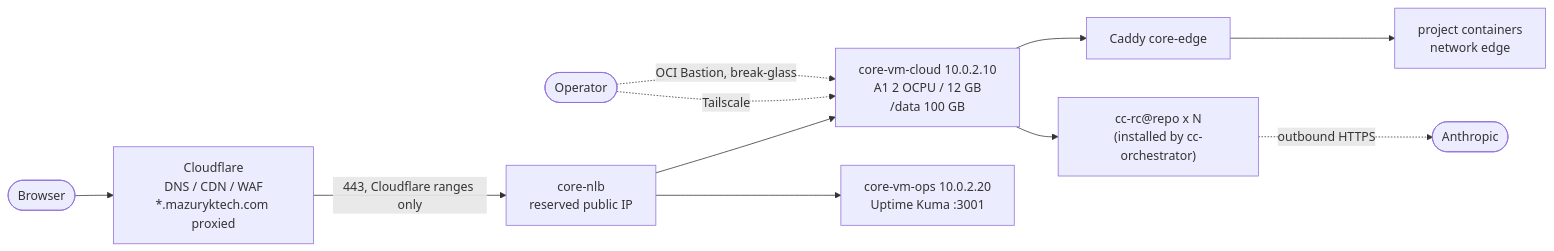
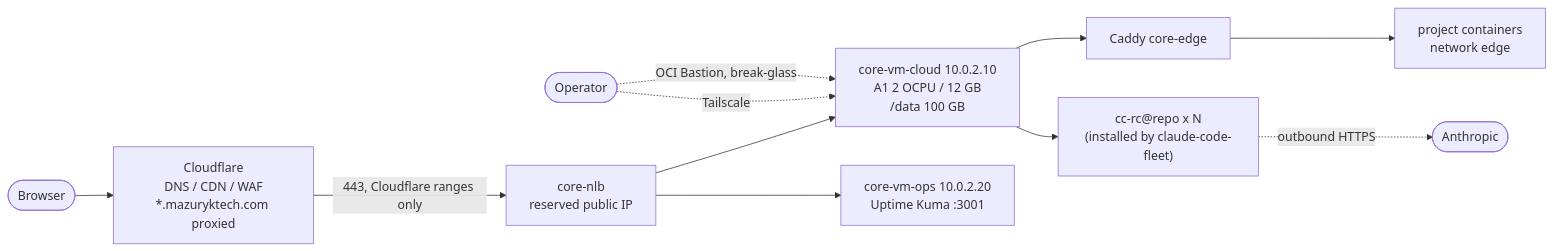
Before and after one commit to nicolasMazuryk/oci-free-tier-platform: the diagram in README.md, drawn with Mermaid. The commit also changed other lines of this file and 14 other files, not shown here.

````diff
--- a/README.md
+++ b/README.md
@@ -15,12 +15,12 @@
 ```mermaid
 flowchart LR
   user([Browser]) --> cf[Cloudflare<br/>DNS / CDN / WAF<br/>*.mazuryktech.com proxied]
   cf -->|"443, Cloudflare ranges only"| nlb[core-nlb<br/>reserved public IP]
   nlb --> cloud["core-vm-cloud 10.0.2.10<br/>A1 2 OCPU / 12 GB<br/>/data 100 GB"]
   cloud --> caddy[Caddy core-edge] --> web[project containers<br/>network edge]
-  cloud --> agents["cc-rc@repo x N<br/>(installed by cc-orchestrator)"]
+  cloud --> agents["cc-rc@repo x N<br/>(installed by claude-code-fleet)"]
   agents -. outbound HTTPS .-> anthropic([Anthropic])
   nlb --> ops["core-vm-ops 10.0.2.20<br/>Uptime Kuma :3001"]
   op([Operator]) -. Tailscale .-> cloud
   op -. OCI Bastion, break-glass .-> cloud
 ```
````
